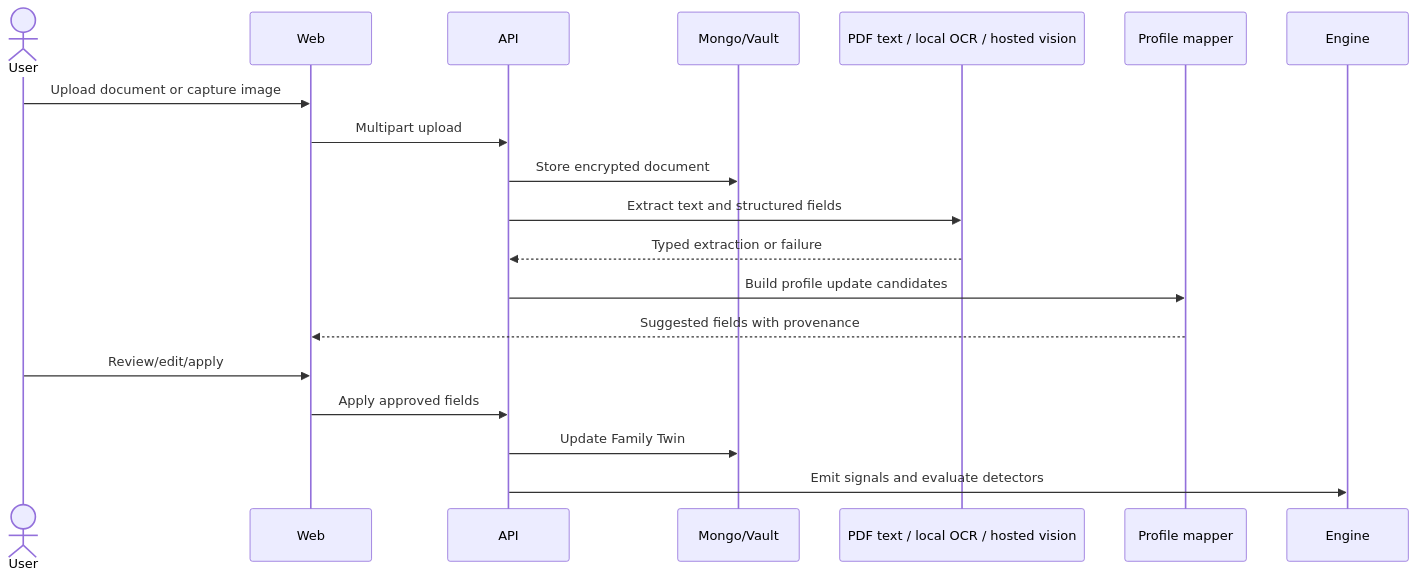
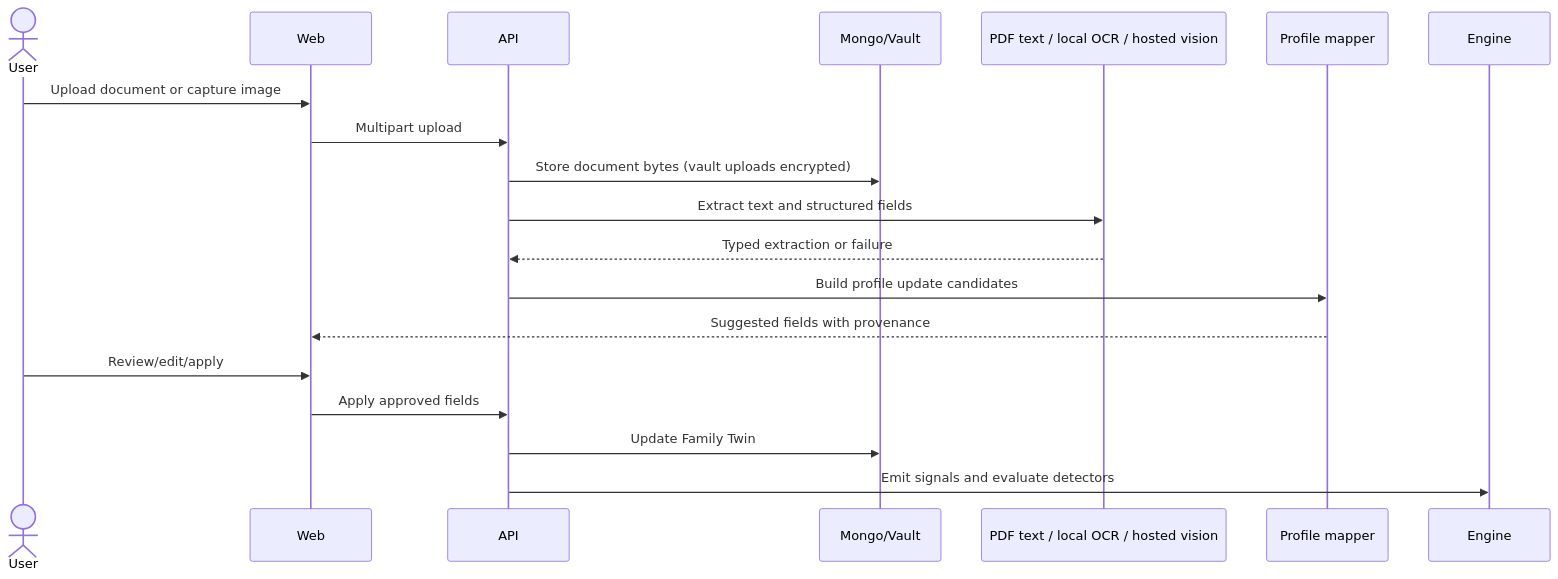
One commit to balureddy003/LifeKeel changed the seventh of 28 diagrams in ARCHITECTURE.md. Above: the diagram before and after it, drawn with Mermaid. The commit also changed other lines of this file and 7 other files, not shown here.

First line of the commit message:
docs: world-class architecture review, AI safety/privacy boundaries, and cost guidance

````diff
--- a/ARCHITECTURE.md
+++ b/ARCHITECTURE.md
@@ -386,22 +433,22 @@
 ```mermaid
 sequenceDiagram
   actor User
   participant Web
   participant API
   participant Store as Mongo/Vault
   participant OCR as PDF text / local OCR / hosted vision
   participant Map as Profile mapper
   participant Engine
 
   User->>Web: Upload document or capture image
   Web->>API: Multipart upload
-  API->>Store: Store encrypted document
+  API->>Store: Store document bytes (vault uploads encrypted)
   API->>OCR: Extract text and structured fields
   OCR-->>API: Typed extraction or failure
   API->>Map: Build profile update candidates
   Map-->>Web: Suggested fields with provenance
   User->>Web: Review/edit/apply
   Web->>API: Apply approved fields
   API->>Store: Update Family Twin
   API->>Engine: Emit signals and evaluate detectors
 ```
````
